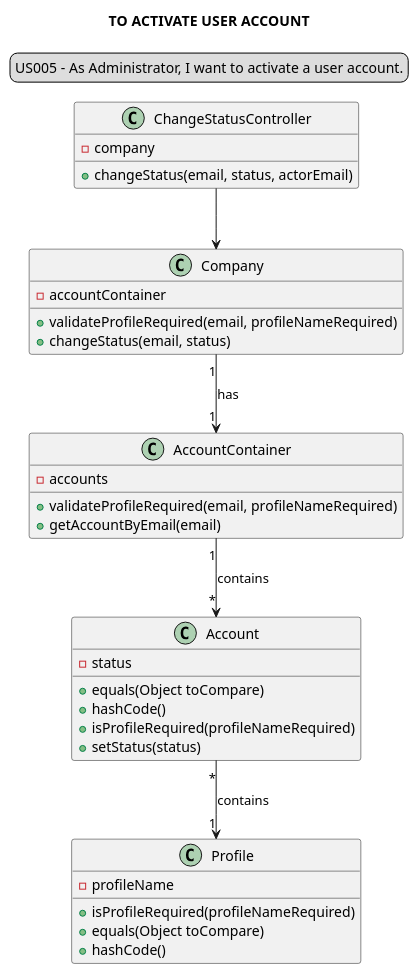
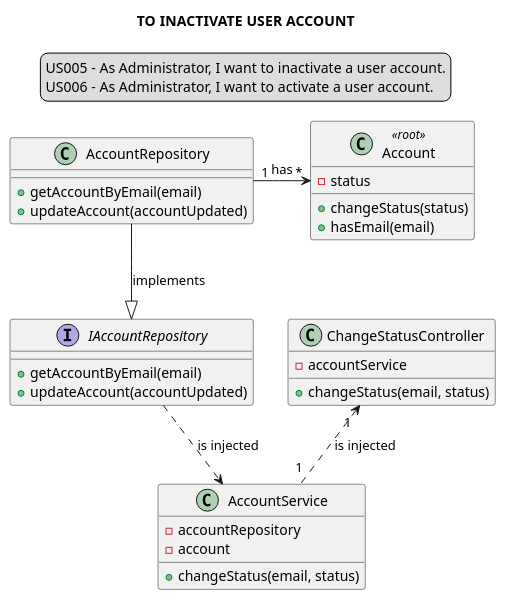
Before and after one commit to Loracline/project_switch_22-23: the diagram in docs/modelling_design/user_stories/sprint01/us006/US006_classDiagram.puml, drawn with PlantUML. The commit also changed 8 other files, not shown here.

Commit message:
US05-06:design: update sequence diagram and class diagram. correction to US002 class diagram , closes #371

```diff
--- a/docs/modelling_design/user_stories/sprint01/us006/US006_classDiagram.puml
+++ b/docs/modelling_design/user_stories/sprint01/us006/US006_classDiagram.puml
@@ -1,47 +1,41 @@
 @startuml
-
 legend top
-US005 - As Administrator, I want to activate a user account.
+US005 - As Administrator, I want to inactivate a user account.
+US006 - As Administrator, I want to activate a user account.
 end legend
 skinparam sequenceMessageAlign center
-title TO ACTIVATE USER ACCOUNT
+title TO INACTIVATE USER ACCOUNT
 
-class "ChangeStatusController" {
--company
-+changeStatus(email, status, actorEmail)
-}
-
-class "Company" {
--accountContainer
-+validateProfileRequired(email, profileNameRequired)
+class ChangeStatusController {
+-accountService
 +changeStatus(email, status)
 }
 
-class "AccountContainer" {
--accounts
-+validateProfileRequired(email, profileNameRequired)
-+getAccountByEmail(email)
+class AccountService {
+-accountRepository
+-account
++changeStatus(email, status)
 }
 
-class "Account" {
--status
-+equals(Object toCompare)
-+hashCode()
-+ isProfileRequired(profileNameRequired)
-+ setStatus(status)
-}
-class "Profile"{
--profileName
-+isProfileRequired(profileNameRequired)
-+equals(Object toCompare)
-+hashCode()
+class AccountRepository{
++getAccountByEmail(email)
++updateAccount(accountUpdated)
 }
 
+interface IAccountRepository{
++getAccountByEmail(email)
++updateAccount(accountUpdated)
+}
 
-"ChangeStatusController" --> "Company"
-"Company" "1"-->"1" "AccountContainer": has
-"AccountContainer" "1"-->"*" "Account": contains
-"Account" "*"--> "1""Profile": contains
+class Account <<root>>{
+-status
++changeStatus(status)
++hasEmail(email)
+}
 
+AccountRepository "1"->"*" Account: has
+ChangeStatusController"1 " <.. "1 "AccountService : is injected
+IAccountRepository ..> AccountService : is injected
+AccountRepository --|> IAccountRepository : implements
 
 @enduml
```
